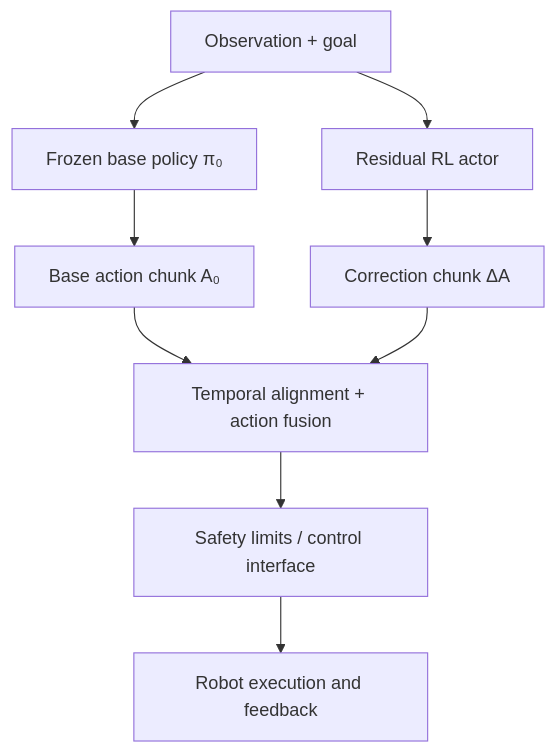
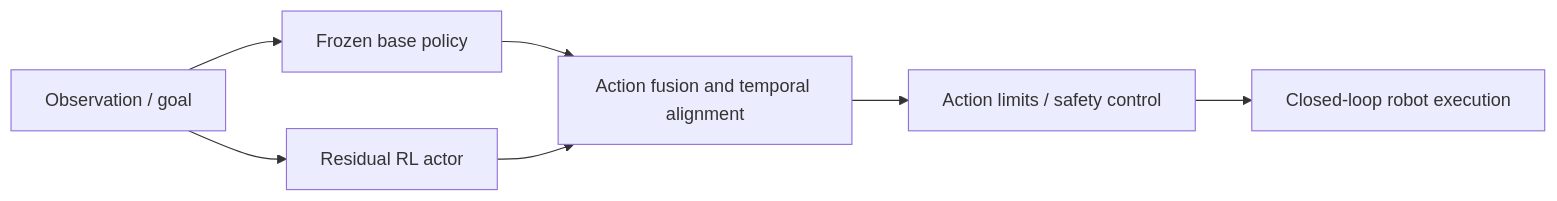
The third of 5 diagrams in md/RL_Post_Training_EN.md (zengxiong111/Foundation_of_Embodied_AI), drawn with Mermaid before and after one commit. The commit also changed other lines of this file and 6 other files, not shown here.

````diff
--- a/md/RL_Post_Training_EN.md
+++ b/md/RL_Post_Training_EN.md
@@ -151,12 +140,10 @@
 ```mermaid
 %% FIG: residual
-flowchart TB
-  O["Observation + goal"] --> B["Frozen base policy π₀"]
+flowchart LR
+  O["Observation / goal"] --> B["Frozen base policy"]
   O --> R["Residual RL actor"]
-  B --> X["Base action chunk A₀"]
-  R --> Y["Correction chunk ΔA"]
-  X --> S["Temporal alignment + action fusion"]
-  Y --> S
-  S --> F["Safety limits / control interface"]
-  F --> E["Robot execution and feedback"]
+  B --> S["Action fusion and temporal alignment"]
+  R --> S
+  S --> F["Action limits / safety control"]
+  F --> E["Closed-loop robot execution"]
 ```
````
